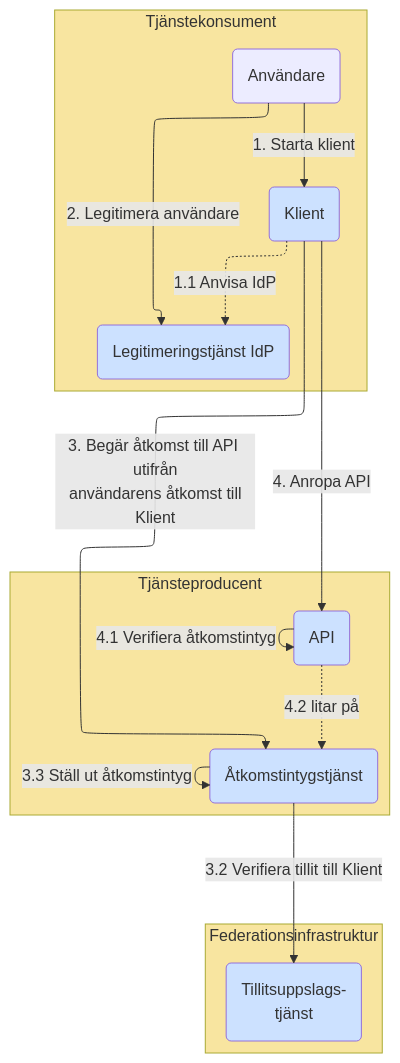
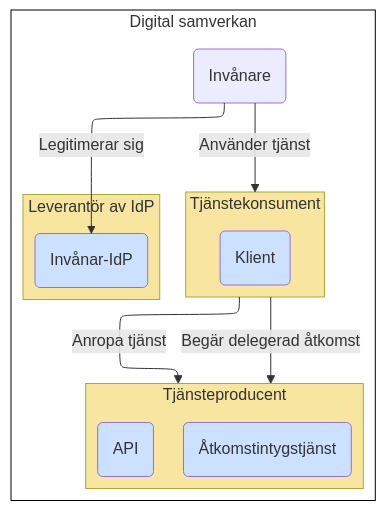
The fourth of 10 diagrams in architecture/drafts/IAM_TargetArchitecture_Sweden.md (diggsweden/ena-authorization), drawn with Mermaid before and after one commit. The commit also changed other lines of this file, not shown here.

````diff
--- a/architecture/drafts/IAM_TargetArchitecture_Sweden.md
+++ b/architecture/drafts/IAM_TargetArchitecture_Sweden.md
@@ -138,36 +151,33 @@
 ```mermaid
 %%{init: {"flowchart": {"defaultRenderer": "elk"}} }%%
 flowchart TB
- 
+
 classDef org fill:#F8E5A0
 classDef comp fill:#CCE1FF
 classDef box fill:#ffffff,stroke:#000000
 
-subgraph po[Tjänsteproducent]
-    p(API):::comp
-    as(Åtkomstintygstjänst):::comp
+subgraph is[Digital samverkan]
+    u(Invånare)
+    subgraph uidpo[Leverantör av IdP]
+        uidp(Invånar-IdP):::comp
+    end
+    uidpo:::org
+
+    subgraph po[Tjänsteproducent]
+        p(API):::comp
+        as(Åtkomstintygstjänst):::comp
+    end
+    po:::org
+
+    subgraph co[Tjänstekonsument]
+        c(Klient):::comp
+    end
+    co:::org
 end
-po:::org
+is:::box
 
-subgraph ss[Federationsinfrastruktur]
-    t(Tillitsuppslags-<br>tjänst):::comp
-end
-ss:::org
-
-subgraph co[Tjänstekonsument]
-    idp(Legitimeringstjänst IdP):::comp
-    u(Användare)
-    c(Klient):::comp
-end
-co:::org
-
-u--<p>1. Starta klient-->c
-c-.1#46;1 Anvisa IdP.->idp
-u--<p>2. Legitimera användare-->idp
-c--<p>3. Begär åtkomst till API utifrån<br> användarens åtkomst till Klient-->as
-as--<p>3.2 Verifiera tillit till Klient--> t
-as--<p>3.3 Ställ ut åtkomstintyg-->as
-c--<p>4. Anropa API-->p
-p--<p>4.1 Verifiera åtkomstintyg-->p
-p-. 4#46;2 litar på.->as
+u--Legitimerar sig-->uidp
+u--Använder tjänst-->co
+co--Begär delegerad åtkomst-->po
+co--Anropa tjänst-->po
 ```
````
